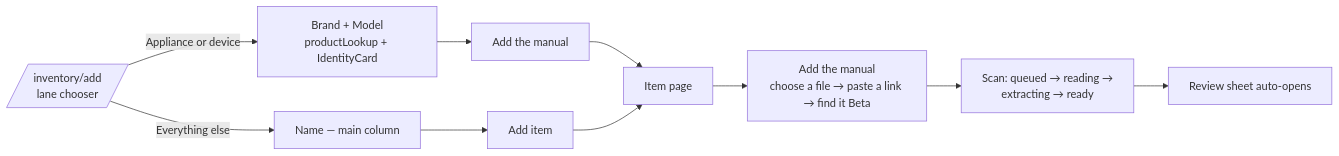
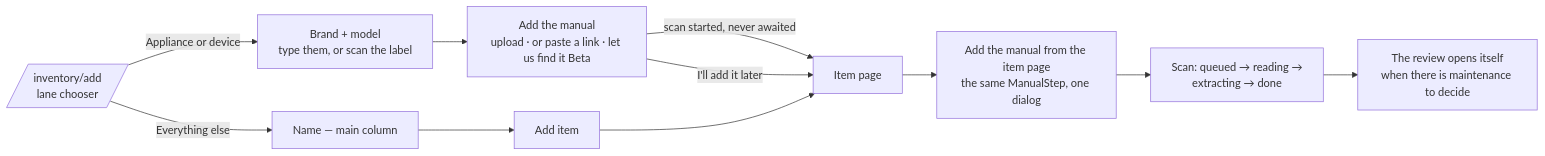
The second of 5 diagrams in docs/user-journeys.md (barbhc/homehub-v2), drawn with Mermaid before and after one commit. The commit also changed other lines of this file and 13 other files, not shown here.

First line of the commit message:
test+docs: design contracts as behaviour, the item-page link walk, and the docs truth-up (E4) (#224)

````diff
--- a/docs/user-journeys.md
+++ b/docs/user-journeys.md
@@ -89,12 +90,13 @@
 ```mermaid
 flowchart LR
-    A[/inventory/add\nlane chooser/] -->|Appliance or device| B[Brand + Model\nproductLookup + IdentityCard]
+    A[/inventory/add\nlane chooser/] -->|Appliance or device| B[Brand + model\ntype them, or scan the label]
     A -->|Everything else| C[Name — main column]
-    B --> D["Add the manual"]
+    B --> D["Add the manual"\nupload · or paste a link · let us find it Beta]
     C --> E[Add item]
-    D --> F[Item page]
+    D -->|scan started, never awaited| F[Item page]
+    D -->|I'll add it later| F
     E --> F
-    F --> G[Add the manual\nchoose a file → paste a link → find it Beta]
-    G --> H[Scan: queued → reading →\nextracting → ready]
-    H --> I[Review sheet auto-opens]
+    F --> G[Add the manual from the item page\nthe same ManualStep, one dialog]
+    G --> H[Scan: queued → reading →\nextracting → done]
+    H --> I[The review opens itself\nwhen there is maintenance to decide]
 ```
````
